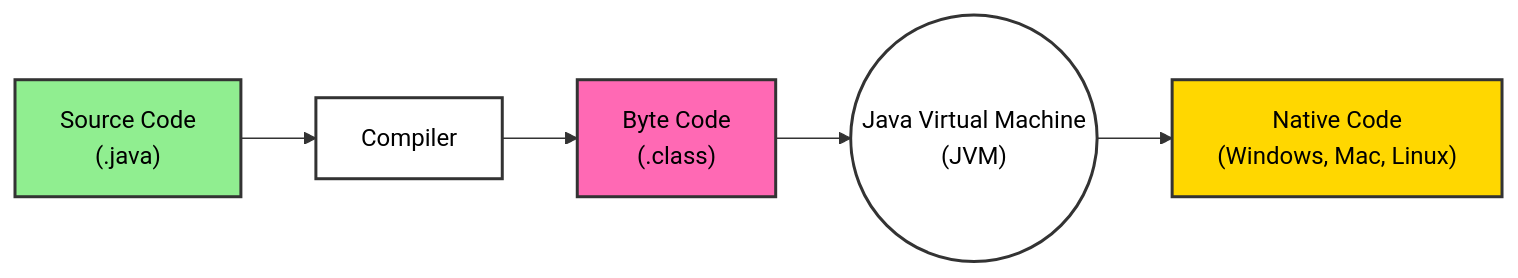
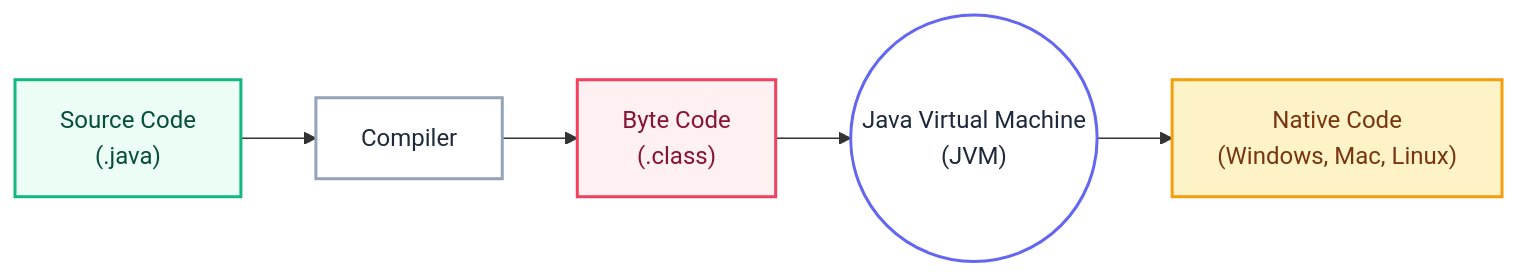
Before and after one commit to shainsethi/dsa-java: the fourth of 4 diagrams in Variables/VARIABLES.md, drawn with Mermaid. The commit also changed other lines of this file, not shown here.

Commit message:
docs: Add comprehensive guide to Java basics, variables, data types, and input.

````diff
--- a/Variables/VARIABLES.md
+++ b/Variables/VARIABLES.md
@@ -359,13 +359,13 @@
 ```mermaid
 flowchart LR
-    SC["Source Code\n(.java)"] --> Comp["Compiler"]
-    Comp --> Byte["Byte Code\n(.class)"]
-    Byte --> JVM(("Java Virtual Machine\n(JVM)"))
-    JVM --> Native["Native Code\n(Windows, Mac, Linux)"]
+    SC["Source Code<br/>(.java)"] --> Comp["Compiler"]
+    Comp --> Byte["Byte Code<br/>(.class)"]
+    Byte --> JVM(("Java Virtual Machine<br/>(JVM)"))
+    JVM --> Native["Native Code<br/>(Windows, Mac, Linux)"]
 
-    style SC fill:#90EE90,stroke:#333,stroke-width:2px,color:black
-    style Comp fill:#FFFFFF,stroke:#333,stroke-width:2px,color:black
-    style Byte fill:#FF69B4,stroke:#333,stroke-width:2px,color:black
-    style JVM fill:#FFFFFF,stroke:#333,stroke-width:2px,color:black
-    style Native fill:#FFD700,stroke:#333,stroke-width:2px,color:black
+    style SC fill:#ecfdf5,stroke:#10b981,stroke-width:2px,color:#064e3b
+    style Comp fill:#ffffff,stroke:#94a3b8,stroke-width:2px,color:#1e293b
+    style Byte fill:#fff1f2,stroke:#f43f5e,stroke-width:2px,color:#881337
+    style JVM fill:#ffffff,stroke:#6366f1,stroke-width:2px,color:#1e293b
+    style Native fill:#fef3c7,stroke:#f59e0b,stroke-width:2px,color:#78350f
 ```
````
